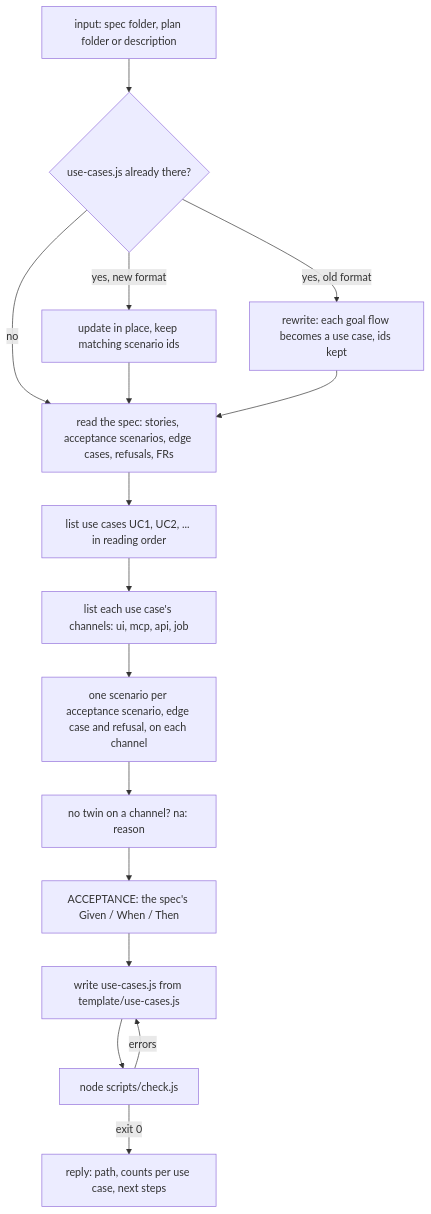
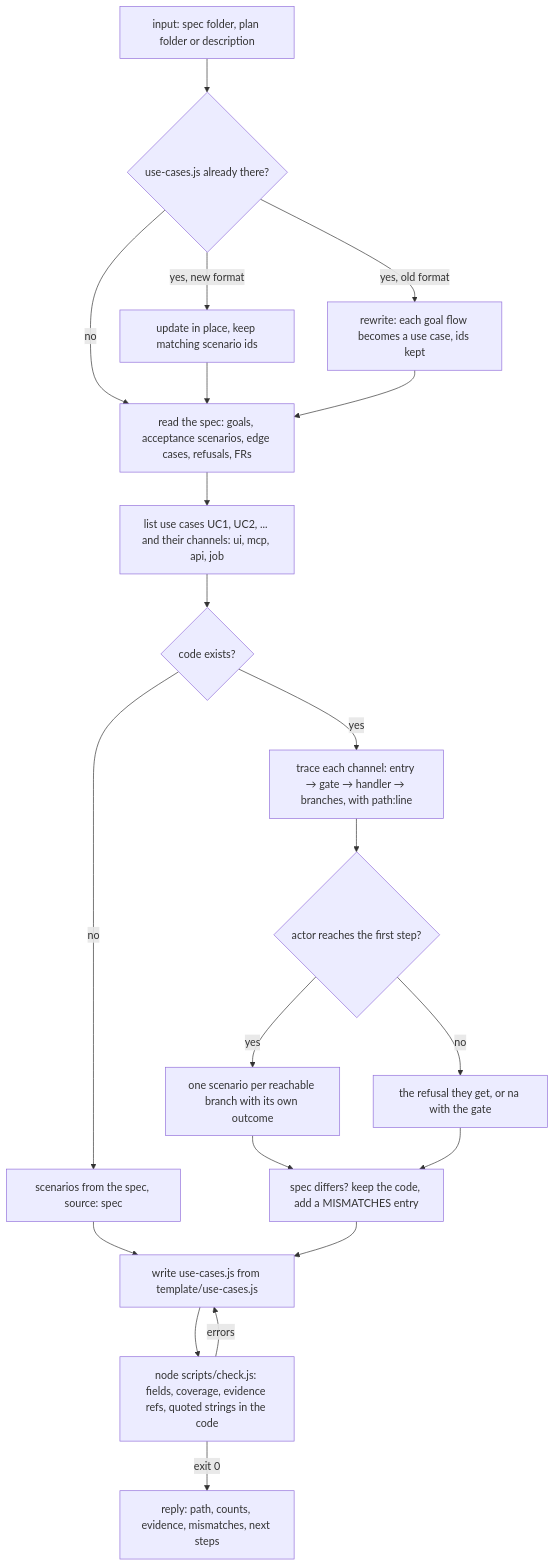
One commit to naphatwx/naphatwx-tools changed the first of 3 diagrams in plugins/naphatwx-tools/skills/generate-use-case/README.md. Above: the diagram before and after it, drawn with Mermaid. The commit also changed other lines of this file and 21 other files, not shown here.

First line of the commit message:
feat(generate-use-case): trace scenarios in code with evidence

````diff
--- a/plugins/naphatwx-tools/skills/generate-use-case/README.md
+++ b/plugins/naphatwx-tools/skills/generate-use-case/README.md
@@ -32,19 +37,24 @@
 ```mermaid
 graph TD
     A[input: spec folder, plan folder or description] --> B{use-cases.js already there?}
     B -->|yes, new format| B1[update in place, keep matching scenario ids]
     B -->|yes, old format| B2[rewrite: each goal flow becomes a use case, ids kept]
-    B -->|no| C[read the spec: stories, acceptance scenarios, edge cases, refusals, FRs]
+    B -->|no| C[read the spec: goals, acceptance scenarios, edge cases, refusals, FRs]
     B1 --> C
     B2 --> C
-    C --> D["list use cases UC1, UC2, ... in reading order"]
-    D --> D2["list each use case's channels: ui, mcp, api, job"]
-    D2 --> E[one scenario per acceptance scenario, edge case and refusal, on each channel]
-    E --> E2["no twin on a channel? na: reason"]
-    E2 --> E3[ACCEPTANCE: the spec's Given / When / Then]
-    E3 --> F
+    C --> D["list use cases UC1, UC2, ... and their channels: ui, mcp, api, job"]
+    D --> T{code exists?}
+    T -->|yes| T1["trace each channel: entry → gate → handler → branches, with path:line"]
+    T -->|no| T2["scenarios from the spec, source: spec"]
+    T1 --> R{actor reaches the first step?}
+    R -->|yes| E[one scenario per reachable branch with its own outcome]
+    R -->|no| E1["the refusal they get, or na with the gate"]
+    E --> M["spec differs? keep the code, add a MISMATCHES entry"]
+    E1 --> M
+    T2 --> F
+    M --> F
     F[write use-cases.js from template/use-cases.js]
-    F --> G[node scripts/check.js]
+    F --> G["node scripts/check.js: fields, coverage, evidence refs, quoted strings in the code"]
     G -->|errors| F
-    G -->|exit 0| H[reply: path, counts per use case, next steps]
+    G -->|exit 0| H[reply: path, counts, evidence, mismatches, next steps]
 ```
````
